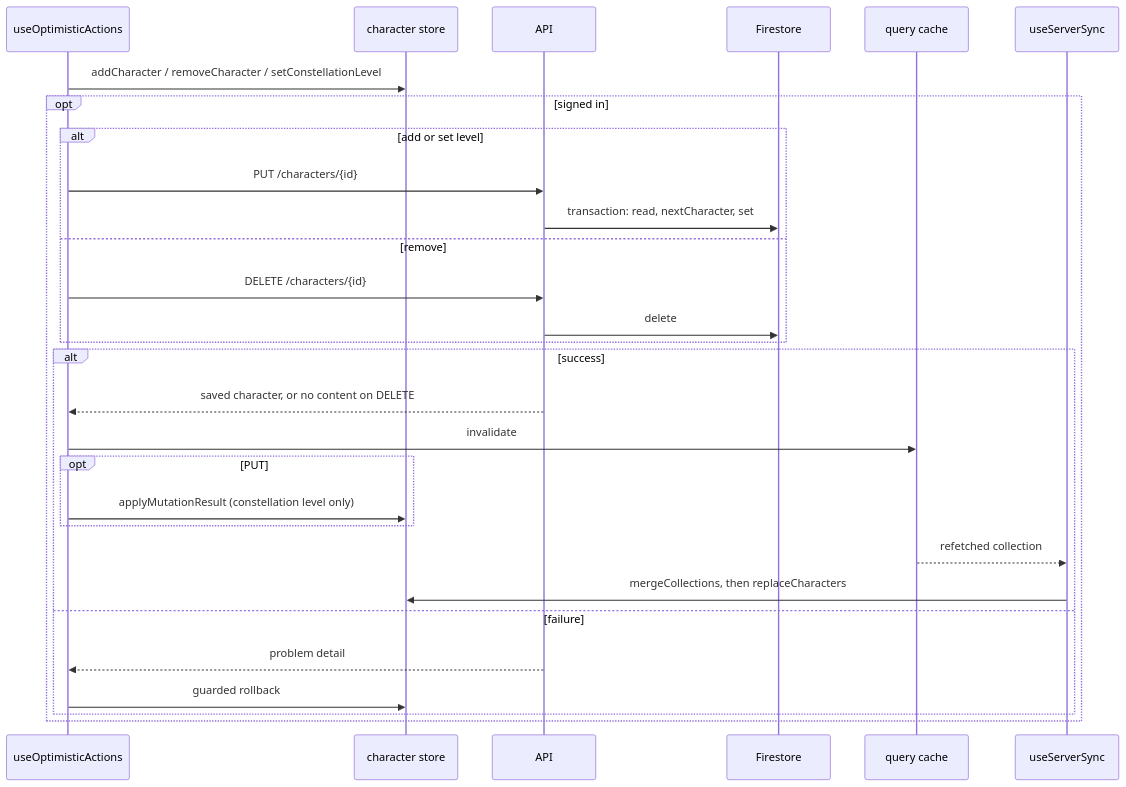
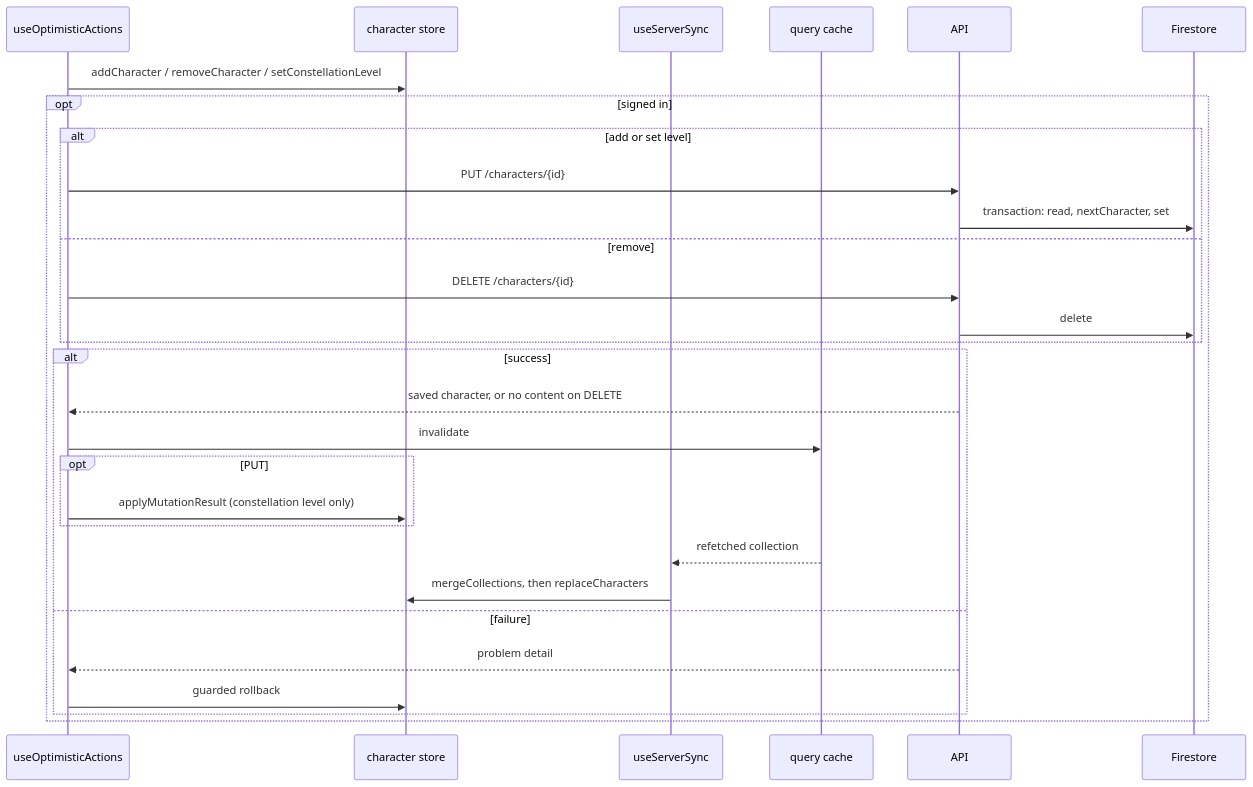
One commit to dungeon-studio/genshin.dungeon.studio changed the first of 4 diagrams in docs/reference/data-flow-write-paths.md. Above: the diagram before and after it, drawn with Mermaid. The commit also changed other lines of this file, not shown here.

First line of the commit message:
docs: order sequence participants from user to Firestore

````diff
--- a/docs/reference/data-flow-write-paths.md
+++ b/docs/reference/data-flow-write-paths.md
@@ -33,32 +33,32 @@
 ```mermaid
 sequenceDiagram
   participant Hook as useOptimisticActions
   participant Store as character store
+  participant Reconcile as useServerSync
+  participant Cache as query cache
   participant API as API
   participant FS as Firestore
-  participant Cache as query cache
-  participant Reconcile as useServerSync
 
   Hook->>Store: addCharacter / removeCharacter / setConstellationLevel
   opt signed in
     alt add or set level
       Hook->>API: PUT /characters/{id}
       API->>FS: transaction: read, nextCharacter, set
     else remove
       Hook->>API: DELETE /characters/{id}
       API->>FS: delete
     end
     alt success
       API-->>Hook: saved character, or no content on DELETE
       Hook->>Cache: invalidate
       opt PUT
         Hook->>Store: applyMutationResult (constellation level only)
       end
       Cache-->>Reconcile: refetched collection
       Reconcile->>Store: mergeCollections, then replaceCharacters
     else failure
       API-->>Hook: problem detail
       Hook->>Store: guarded rollback
     end
   end
 ```
````
